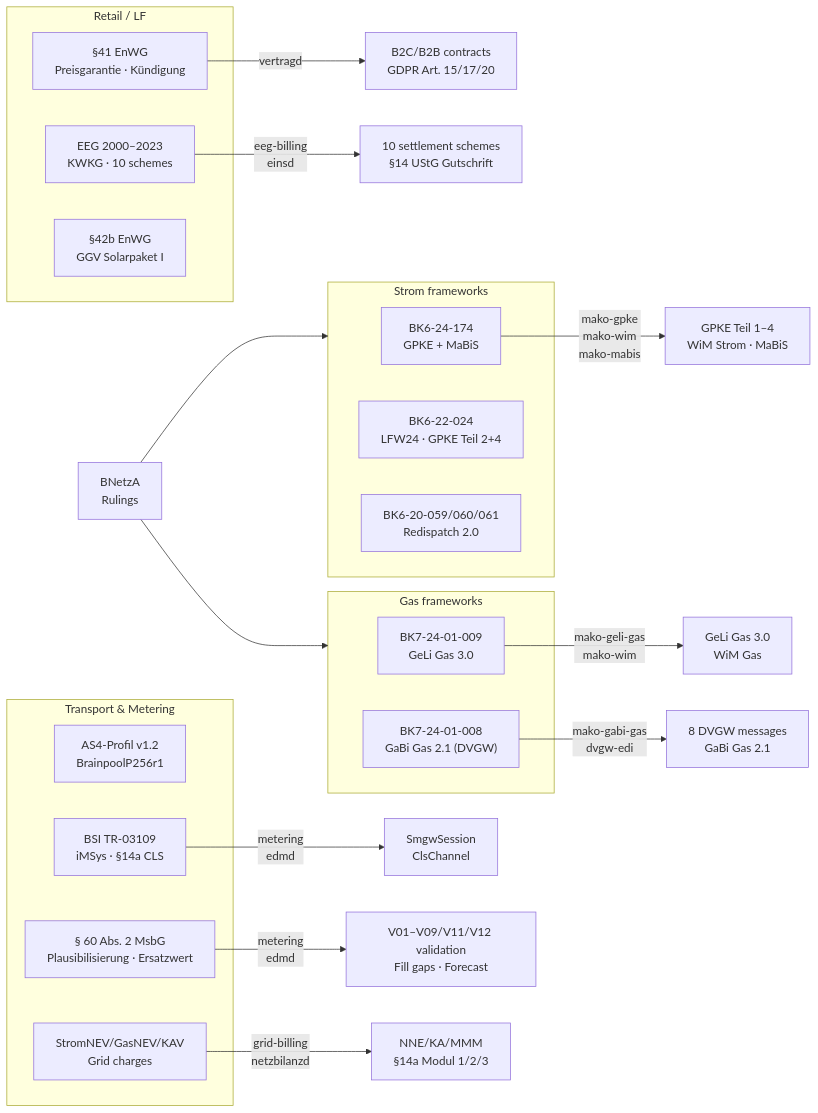
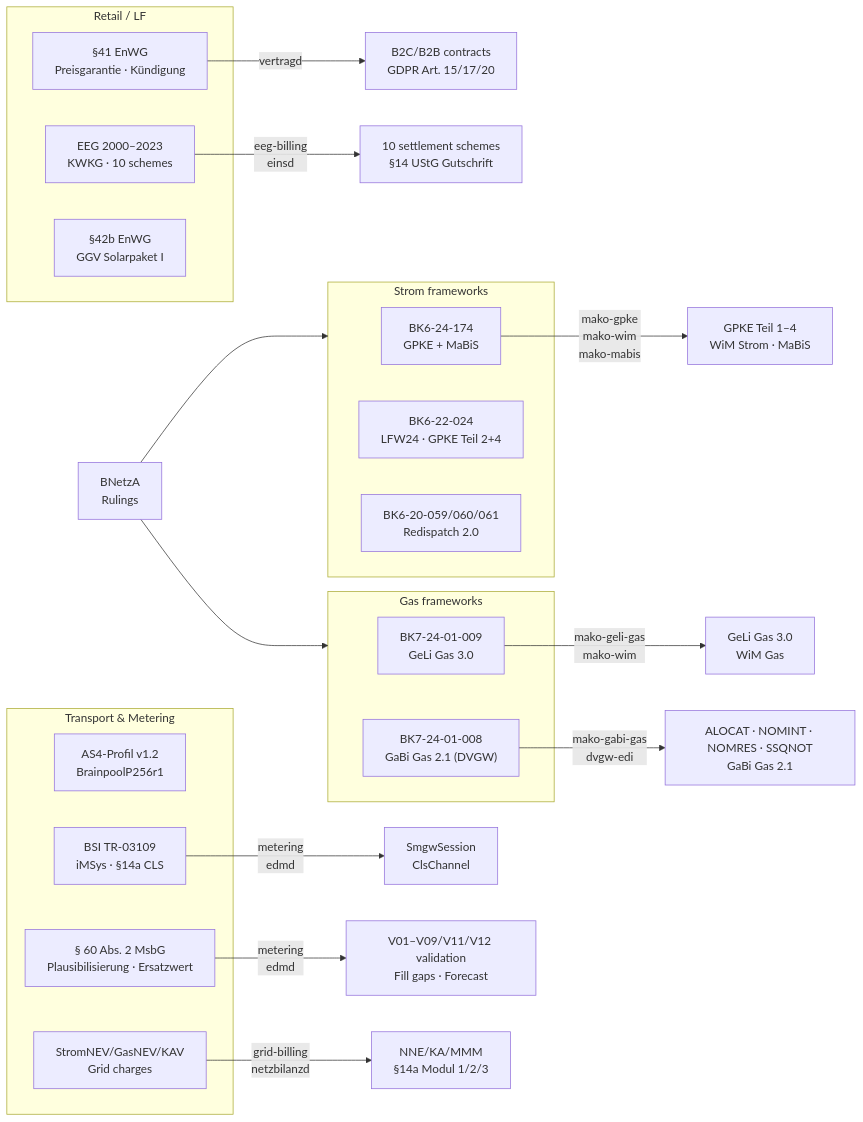
One commit to hupe1980/mako changed the diagram in site/content/docs/regulatory/_index.md. Above: the diagram before and after it, drawn with Mermaid. The commit also changed other lines of this file and 767 other files, not shown here.

````diff
--- a/site/content/docs/regulatory/_index.md
+++ b/site/content/docs/regulatory/_index.md
@@ -28,40 +28,40 @@
 ```mermaid
 graph LR
     BNetzA["BNetzA<br/>Rulings"]
 
     subgraph strom ["Strom frameworks"]
         BK6_24["BK6-24-174<br/>GPKE + MaBiS"]
         BK6_22["BK6-22-024<br/>LFW24 · GPKE Teil 2+4"]
         BK6_20["BK6-20-059/060/061<br/>Redispatch 2.0"]
     end
 
     subgraph gas ["Gas frameworks"]
         BK7_24["BK7-24-01-009<br/>GeLi Gas 3.0"]
         BK7_14["BK7-24-01-008<br/>GaBi Gas 2.1 (DVGW)"]
     end
 
     subgraph retail ["Retail / LF"]
         ENW41["§41 EnWG<br/>Preisgarantie · Kündigung"]
         EEG["EEG 2000–2023<br/>KWKG · 10 schemes"]
         SOLA["§42b EnWG<br/>GGV Solarpaket I"]
     end
 
     subgraph transport ["Transport & Metering"]
         AS4["AS4-Profil v1.2<br/>BrainpoolP256r1"]
         BSI["BSI TR-03109<br/>iMSys · §14a CLS"]
         MsbG["§ 60 Abs. 2 MsbG<br/>Plausibilisierung · Ersatzwert"]
         NNNEV["StromNEV/GasNEV/KAV<br/>Grid charges"]
     end
 
     BNetzA --> strom
     BNetzA --> gas
 
     BK6_24 -->|"mako-gpke<br/>mako-wim<br/>mako-mabis"| GPKE_impl["GPKE Teil 1–4<br/>WiM Strom · MaBiS"]
     BK7_24 -->|"mako-geli-gas<br/>mako-wim"| GAS_impl["GeLi Gas 3.0<br/>WiM Gas"]
-    BK7_14 -->|"mako-gabi-gas<br/>dvgw-edi"| DVGW_impl["8 DVGW messages<br/>GaBi Gas 2.1"]
+    BK7_14 -->|"mako-gabi-gas<br/>dvgw-edi"| DVGW_impl["ALOCAT · NOMINT · NOMRES · SSQNOT<br/>GaBi Gas 2.1"]
     ENW41 -->|"vertragd"| LF_impl["B2C/B2B contracts<br/>GDPR Art. 15/17/20"]
     EEG -->|"eeg-billing<br/>einsd"| EEG_impl["10 settlement schemes<br/>§14 UStG Gutschrift"]
     BSI -->|"metering<br/>edmd"| IOT_impl["SmgwSession<br/>ClsChannel"]
     MsbG -->|"metering<br/>edmd"| SUB_impl["V01–V09/V11/V12 validation<br/>Fill gaps · Forecast"]
     NNNEV -->|"grid-billing<br/>netzbilanzd"| NNE_impl["NNE/KA/MMM<br/>§14a Modul 1/2/3"]
 ```
````
